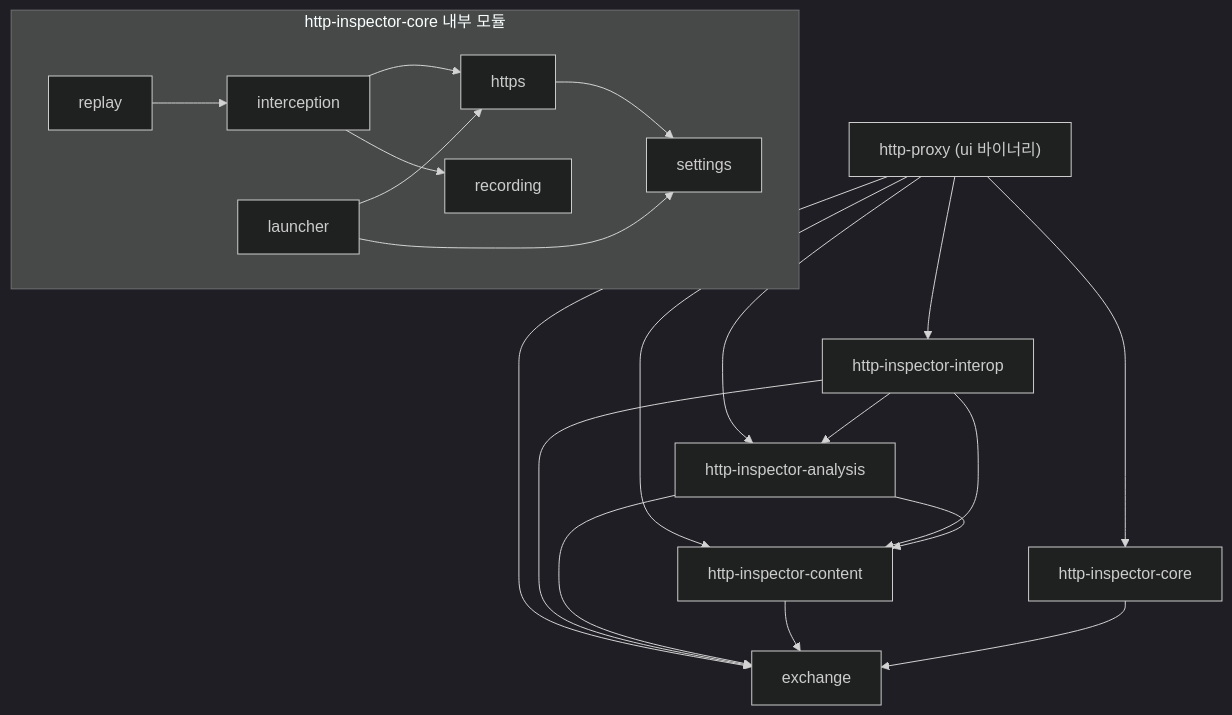
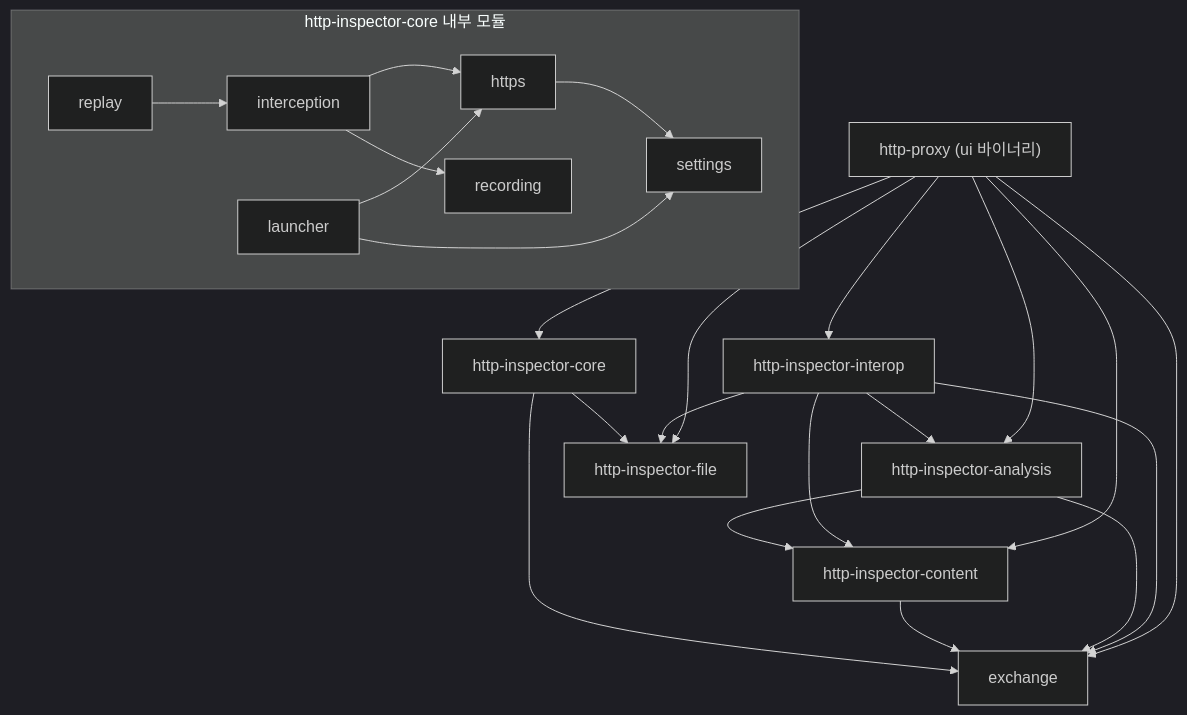
Before and after one commit to leedonggyu1848/http_proxy: the diagram in docs/development.md, drawn with Mermaid (dark theme). The commit also changed other lines of this file and 13 other files, not shown here.

````diff
--- a/docs/development.md
+++ b/docs/development.md
@@ -105,15 +107,15 @@
 ```mermaid
 graph TD
-  ui["http-proxy (ui 바이너리)"] --> interop & analysis & content & core & exchange
-  interop["http-inspector-interop"] --> analysis & content & exchange
+  ui["http-proxy (ui 바이너리)"] --> interop & analysis & content & core & exchange & file
+  interop["http-inspector-interop"] --> analysis & content & exchange & file
   analysis["http-inspector-analysis"] --> content & exchange
   content["http-inspector-content"] --> exchange
-  core["http-inspector-core"] --> exchange
+  core["http-inspector-core"] --> exchange & file["http-inspector-file"]
 
   subgraph core_inner["http-inspector-core 내부 모듈"]
     replay --> interception
     interception --> https & recording
     launcher --> https & settings
     https --> settings
   end
 ```
````
